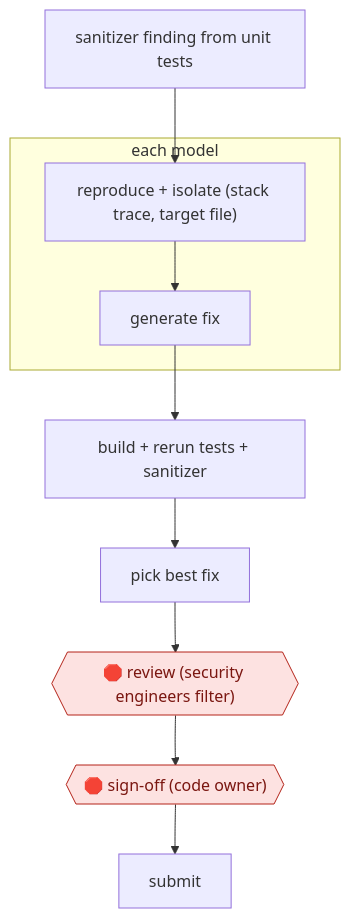
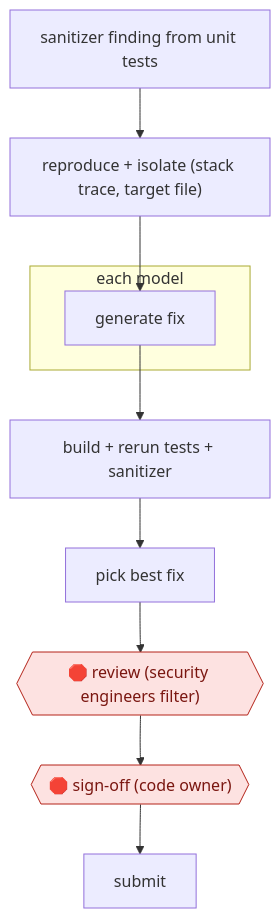
One commit to milesradford99/agent-workflow-atlas changed the diagram in workflows/TEC/ITS/APPSEC/sanitizer-bug-autopatch/README.md. Above: the diagram before and after it, drawn with Mermaid. The commit also changed other lines of this file and 171 other files, not shown here.

````diff
--- a/workflows/TEC/ITS/APPSEC/sanitizer-bug-autopatch/README.md
+++ b/workflows/TEC/ITS/APPSEC/sanitizer-bug-autopatch/README.md
@@ -31,21 +31,21 @@
 ```mermaid
 flowchart TD
   n1["sanitizer finding from unit tests"]
   n2["reproduce + isolate (stack trace, target file)"]
-  n1 --> n2
   subgraph s3["each model"]
   n4["generate fix"]
-  n2 --> n4
   end
   n5["build + rerun tests + sanitizer"]
+  n6["pick best fix"]
+  n7{{"🛑 review (security engineers filter)"}}:::stop
+  n8{{"🛑 sign-off (code owner)"}}:::stop
+  n9["submit"]
+  n1 --> n2
+  n2 --> n4
   n4 --> n5
-  n6["pick best fix"]
   n5 --> n6
-  n7{{"🛑 review (security engineers filter)"}}:::stop
   n6 --> n7
-  n8{{"🛑 sign-off (code owner)"}}:::stop
   n7 --> n8
-  n9["submit"]
   n8 --> n9
   classDef stop fill:#fde2e1,stroke:#b42318,color:#7a1610
 ```
````
